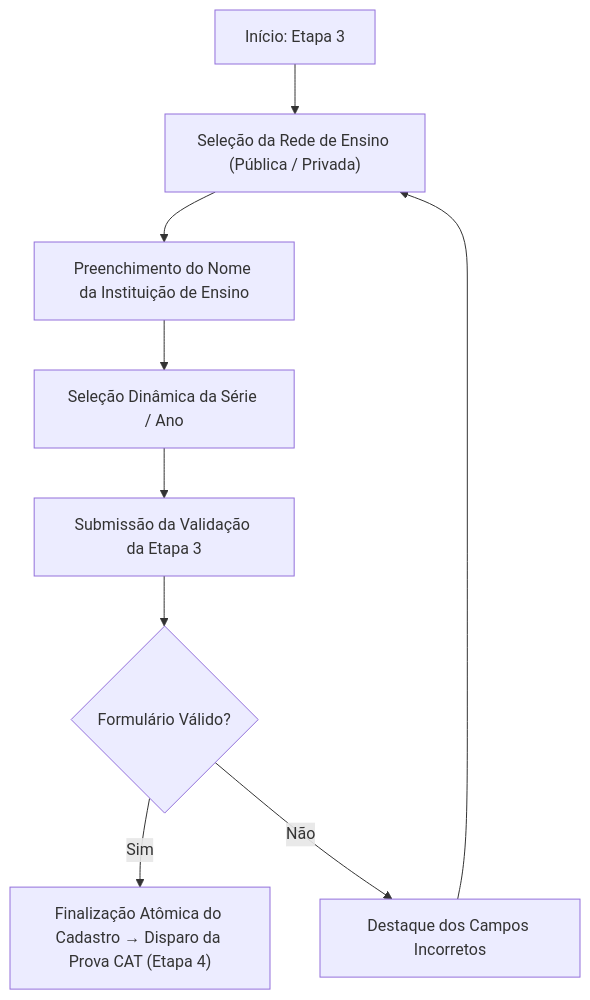
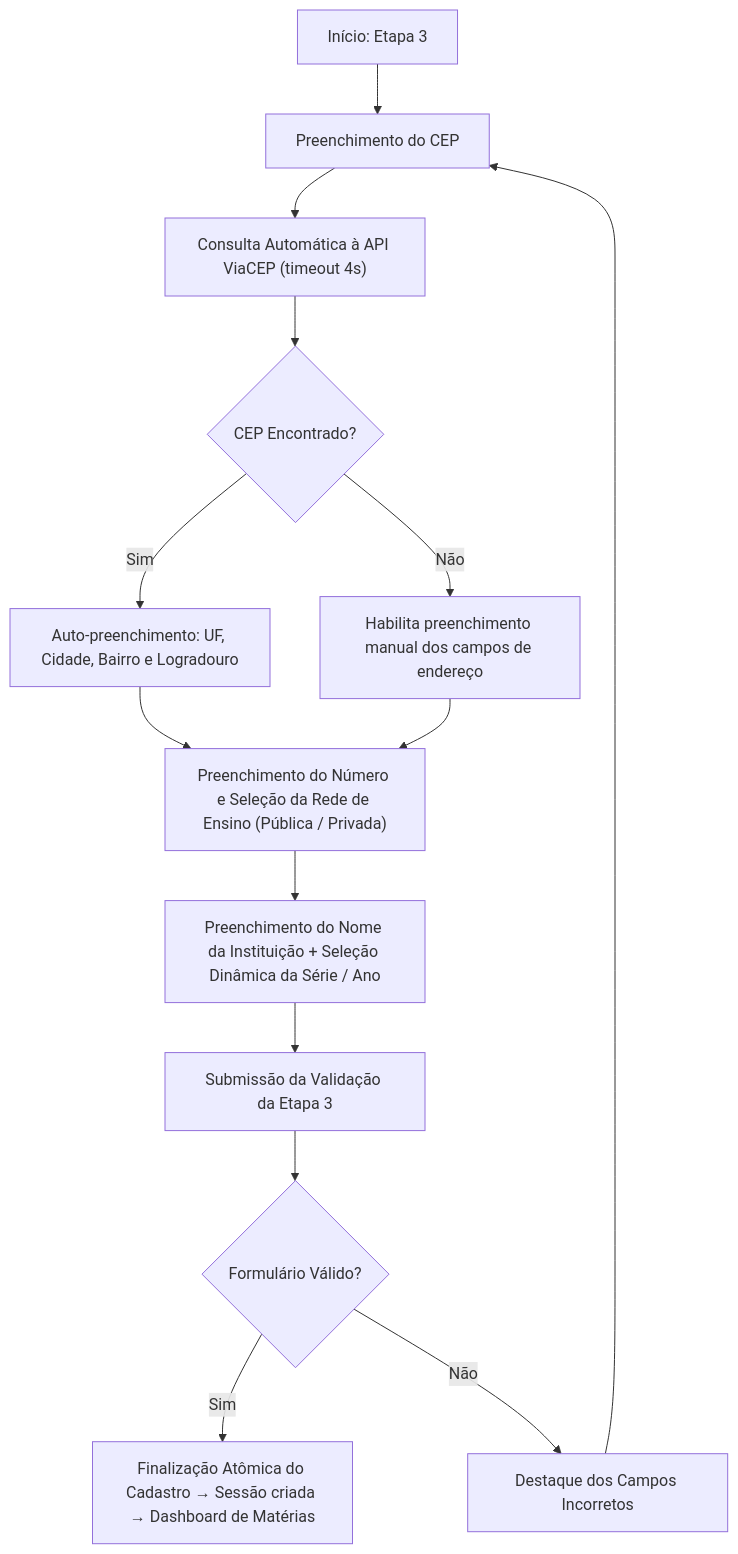
The third of 3 diagrams in docs-site/docs/modules/onboarding/flow/wizard.md (SiadeLucas/Tutor-Inteligente), drawn with Mermaid before and after one commit. The commit also changed other lines of this file and 45 other files, not shown here.

````diff
--- a/docs-site/docs/modules/onboarding/flow/wizard.md
+++ b/docs-site/docs/modules/onboarding/flow/wizard.md
@@ -63,11 +60,16 @@
 ```mermaid
 flowchart TD
-    A["Início: Etapa 3"] --> B["Seleção da Rede de Ensino (Pública / Privada)"]
-    B --> C["Preenchimento do Nome da Instituição de Ensino"]
-    C --> D["Seleção Dinâmica da Série / Ano"]
-    D --> E["Submissão da Validação da Etapa 3"]
-    E --> F{"Formulário Válido?"}
-    F -->|Sim| G["Finalização Atômica do Cadastro → Disparo da Prova CAT (Etapa 4)"]
-    F -->|Não| H["Destaque dos Campos Incorretos"]
-    H --> B
+    A["Início: Etapa 3"] --> B["Preenchimento do CEP"]
+    B --> C["Consulta Automática à API ViaCEP (timeout 4s)"]
+    C --> D{"CEP Encontrado?"}
+    D -->|Sim| E["Auto-preenchimento: UF, Cidade, Bairro e Logradouro"]
+    D -->|Não| F["Habilita preenchimento manual dos campos de endereço"]
+    E --> G["Preenchimento do Número e Seleção da Rede de Ensino (Pública / Privada)"]
+    F --> G
+    G --> H["Preenchimento do Nome da Instituição + Seleção Dinâmica da Série / Ano"]
+    H --> I["Submissão da Validação da Etapa 3"]
+    I --> J{"Formulário Válido?"}
+    J -->|Sim| K["Finalização Atômica do Cadastro → Sessão criada → Dashboard de Matérias"]
+    J -->|Não| L["Destaque dos Campos Incorretos"]
+    L --> B
 ```
````
